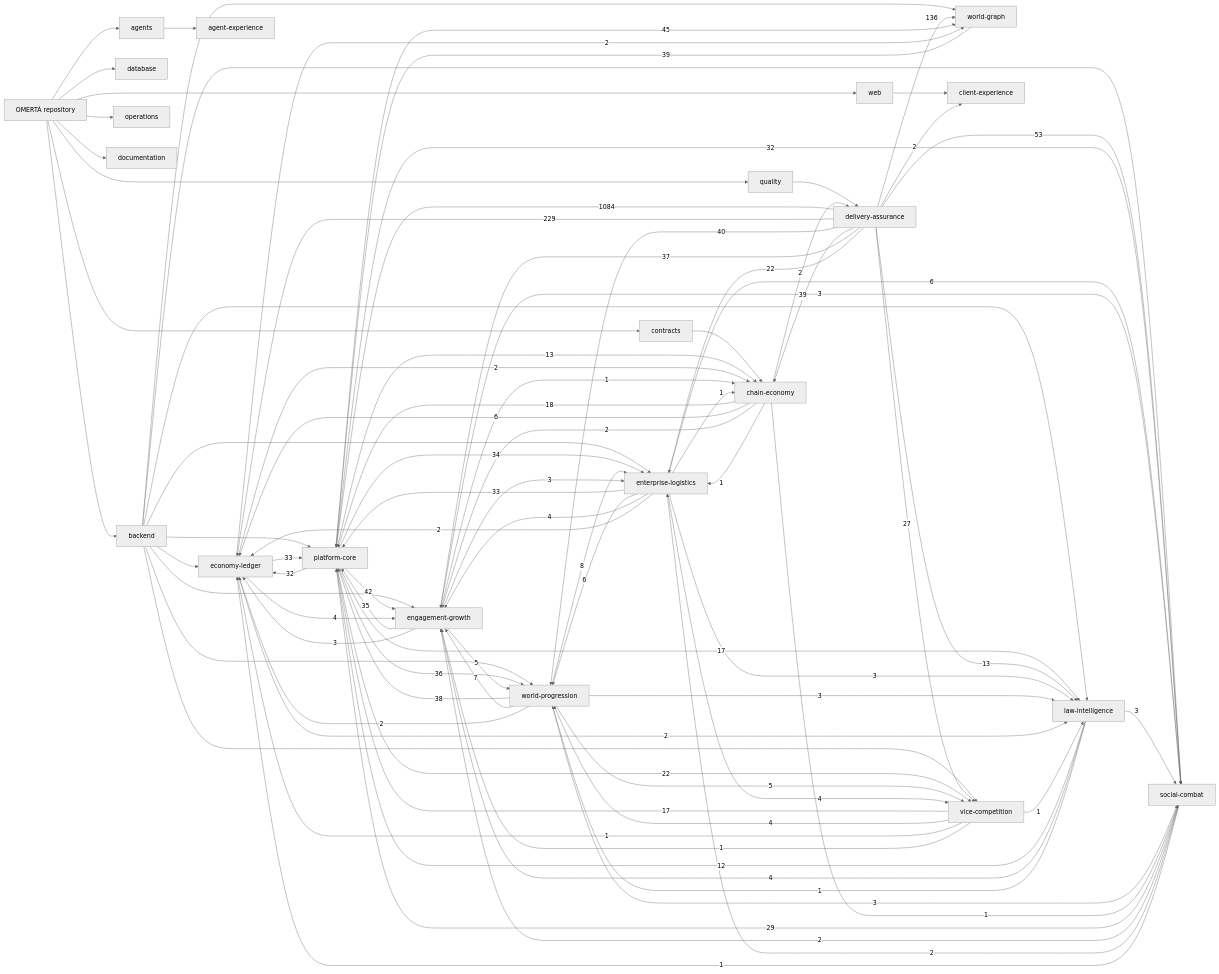
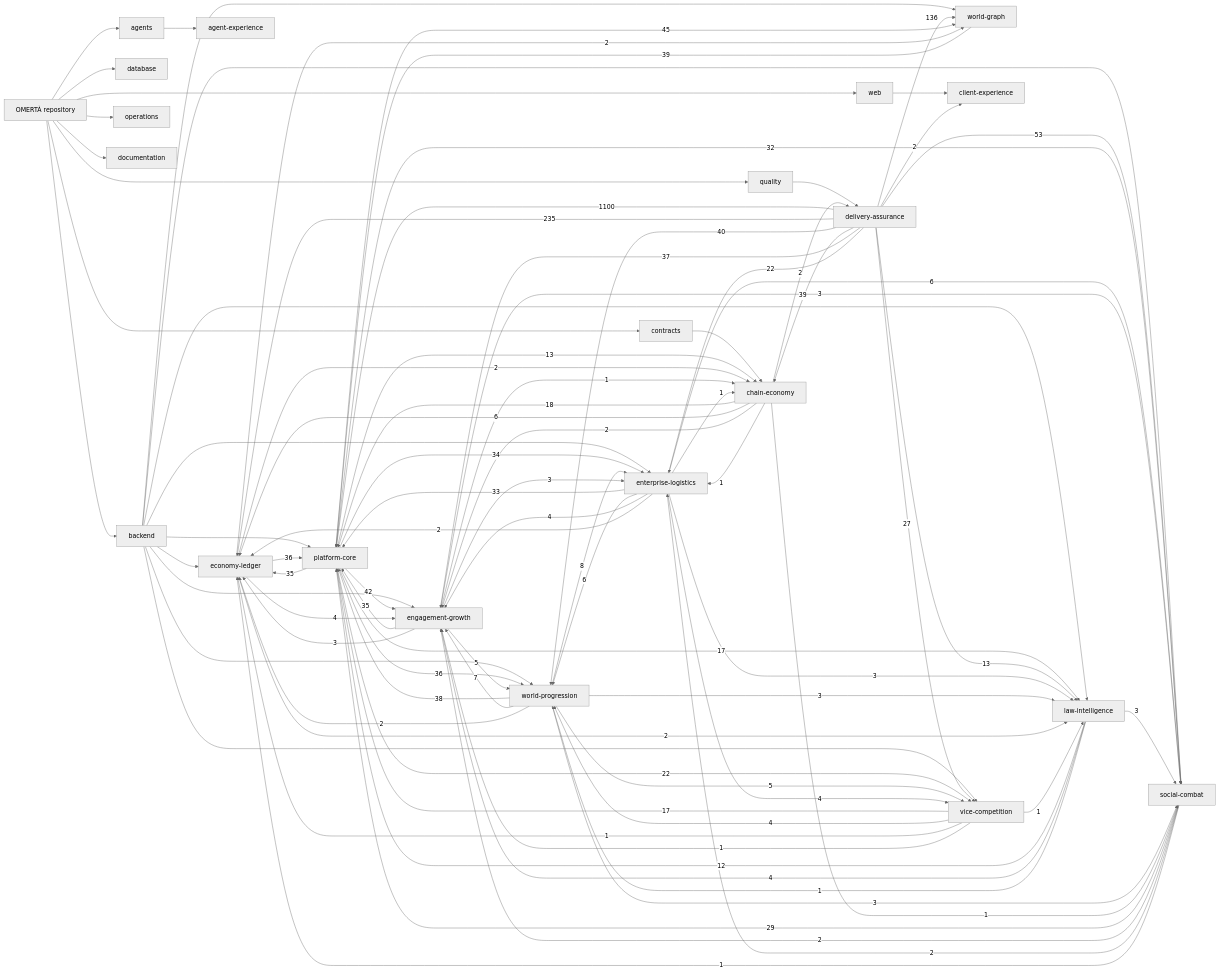
Before and after one commit to OmertaDev/Omerta: the diagram in knowledge/generated/graph.mmd, drawn with Mermaid (neutral theme). The commit also changed 8 other files, not shown here.

```diff
--- a/knowledge/generated/graph.mmd
+++ b/knowledge/generated/graph.mmd
@@ -1,110 +1,110 @@
 flowchart LR
   repo["OMERTÀ repository"]
   sub_backend["backend"]
   repo --> sub_backend
   sub_database["database"]
   repo --> sub_database
   sub_web["web"]
   repo --> sub_web
   sub_contracts["contracts"]
   repo --> sub_contracts
   sub_agents["agents"]
   repo --> sub_agents
   sub_quality["quality"]
   repo --> sub_quality
   sub_operations["operations"]
   repo --> sub_operations
   sub_documentation["documentation"]
   repo --> sub_documentation
   dom_platform-core["platform-core"]
   dom_economy-ledger["economy-ledger"]
   dom_social-combat["social-combat"]
   dom_world-progression["world-progression"]
   dom_world-graph["world-graph"]
   dom_enterprise-logistics["enterprise-logistics"]
   dom_vice-competition["vice-competition"]
   dom_law-intelligence["law-intelligence"]
   dom_chain-economy["chain-economy"]
   dom_engagement-growth["engagement-growth"]
   dom_client-experience["client-experience"]
   dom_agent-experience["agent-experience"]
   dom_delivery-assurance["delivery-assurance"]
   sub_agents --> dom_agent-experience
   sub_backend --> dom_economy-ledger
   sub_backend --> dom_engagement-growth
   sub_backend --> dom_enterprise-logistics
   sub_backend --> dom_law-intelligence
   sub_backend --> dom_platform-core
   sub_backend --> dom_social-combat
   sub_backend --> dom_vice-competition
   sub_backend --> dom_world-graph
   sub_backend --> dom_world-progression
   sub_contracts --> dom_chain-economy
   sub_quality --> dom_delivery-assurance
   sub_web --> dom_client-experience
-  dom_delivery-assurance -->|1084| dom_platform-core
-  dom_delivery-assurance -->|229| dom_economy-ledger
+  dom_delivery-assurance -->|1100| dom_platform-core
+  dom_delivery-assurance -->|235| dom_economy-ledger
   dom_delivery-assurance -->|136| dom_world-graph
   dom_delivery-assurance -->|53| dom_social-combat
   dom_platform-core -->|45| dom_world-graph
   dom_platform-core -->|42| dom_engagement-growth
   dom_delivery-assurance -->|40| dom_world-progression
   dom_delivery-assurance -->|39| dom_chain-economy
   dom_world-graph -->|39| dom_platform-core
   dom_world-progression -->|38| dom_platform-core
   dom_delivery-assurance -->|37| dom_engagement-growth
+  dom_economy-ledger -->|36| dom_platform-core
   dom_platform-core -->|36| dom_world-progression
   dom_engagement-growth -->|35| dom_platform-core
+  dom_platform-core -->|35| dom_economy-ledger
   dom_platform-core -->|34| dom_enterprise-logistics
-  dom_economy-ledger -->|33| dom_platform-core
   dom_enterprise-logistics -->|33| dom_platform-core
-  dom_platform-core -->|32| dom_economy-ledger
   dom_platform-core -->|32| dom_social-combat
   dom_social-combat -->|29| dom_platform-core
   dom_delivery-assurance -->|27| dom_vice-competition
   dom_delivery-assurance -->|22| dom_enterprise-logistics
   dom_platform-core -->|22| dom_vice-competition
   dom_chain-economy -->|18| dom_platform-core
   dom_platform-core -->|17| dom_law-intelligence
   dom_vice-competition -->|17| dom_platform-core
   dom_delivery-assurance -->|13| dom_law-intelligence
   dom_platform-core -->|13| dom_chain-economy
   dom_law-intelligence -->|12| dom_platform-core
   dom_world-progression -->|8| dom_enterprise-logistics
   dom_world-progression -->|7| dom_engagement-growth
   dom_chain-economy -->|6| dom_economy-ledger
   dom_enterprise-logistics -->|6| dom_social-combat
   dom_enterprise-logistics -->|6| dom_world-progression
   dom_engagement-growth -->|5| dom_world-progression
   dom_world-progression -->|5| dom_vice-competition
   dom_economy-ledger -->|4| dom_engagement-growth
   dom_enterprise-logistics -->|4| dom_engagement-growth
   dom_enterprise-logistics -->|4| dom_vice-competition
   dom_law-intelligence -->|4| dom_engagement-growth
   dom_vice-competition -->|4| dom_world-progression
   dom_engagement-growth -->|3| dom_economy-ledger
   dom_engagement-growth -->|3| dom_enterprise-logistics
   dom_engagement-growth -->|3| dom_social-combat
   dom_enterprise-logistics -->|3| dom_law-intelligence
   dom_law-intelligence -->|3| dom_social-combat
   dom_world-progression -->|3| dom_law-intelligence
   dom_world-progression -->|3| dom_social-combat
   dom_chain-economy -->|2| dom_delivery-assurance
   dom_chain-economy -->|2| dom_engagement-growth
   dom_delivery-assurance -->|2| dom_client-experience
   dom_economy-ledger -->|2| dom_chain-economy
   dom_economy-ledger -->|2| dom_law-intelligence
   dom_economy-ledger -->|2| dom_world-graph
   dom_enterprise-logistics -->|2| dom_economy-ledger
   dom_social-combat -->|2| dom_engagement-growth
   dom_social-combat -->|2| dom_enterprise-logistics
   dom_world-progression -->|2| dom_economy-ledger
   dom_chain-economy -->|1| dom_enterprise-logistics
   dom_chain-economy -->|1| dom_social-combat
   dom_engagement-growth -->|1| dom_chain-economy
   dom_enterprise-logistics -->|1| dom_chain-economy
   dom_law-intelligence -->|1| dom_world-progression
   dom_social-combat -->|1| dom_economy-ledger
   dom_vice-competition -->|1| dom_economy-ledger
   dom_vice-competition -->|1| dom_engagement-growth
   dom_vice-competition -->|1| dom_law-intelligence
```
